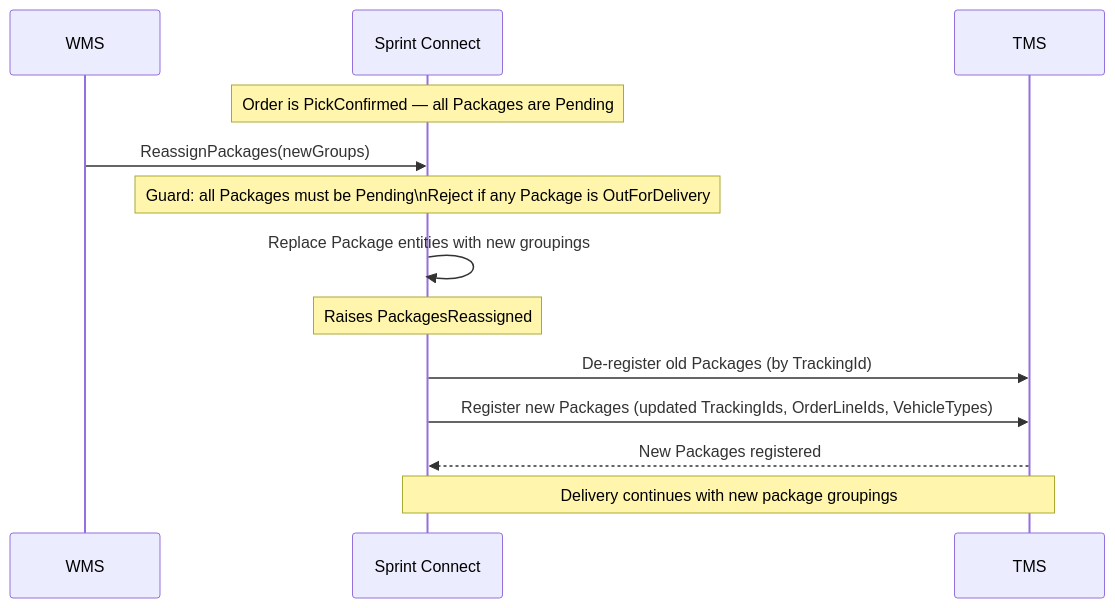
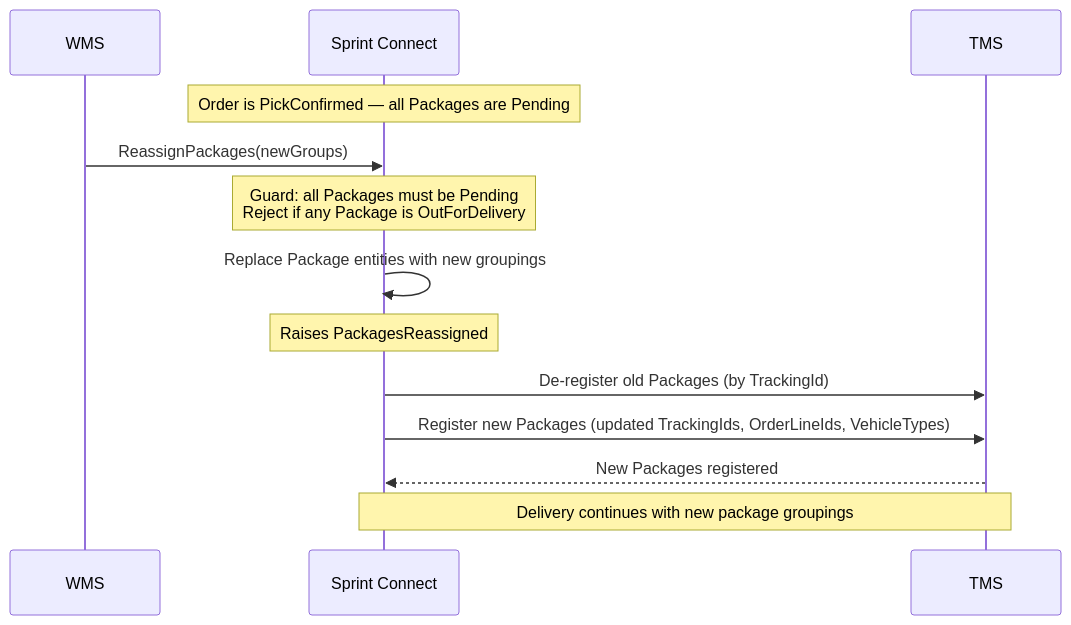
One commit to rosered11/personal-claude changed diagram 17 of 24 in result/oms-sequence-diagrams.md. Above: the diagram before and after it, drawn with Mermaid. The commit also changed other lines of this file and 7 other files, not shown here.

````diff
--- a/result/oms-sequence-diagrams.md
+++ b/result/oms-sequence-diagrams.md
@@ -591,19 +591,19 @@
 ```mermaid
 sequenceDiagram
     participant WMS as WMS
     participant SC as Sprint Connect
     participant TMS as TMS
 
     Note over SC: Order is PickConfirmed — all Packages are Pending
     WMS->>SC: ReassignPackages(newGroups)
-    Note over SC: Guard: all Packages must be Pending\nReject if any Package is OutForDelivery
+    Note over SC: Guard: all Packages must be Pending<br>Reject if any Package is OutForDelivery
 
     SC->>SC: Replace Package entities with new groupings
     Note over SC: Raises PackagesReassigned
 
     SC->>TMS: De-register old Packages (by TrackingId)
     SC->>TMS: Register new Packages (updated TrackingIds, OrderLineIds, VehicleTypes)
     TMS-->>SC: New Packages registered
 
     Note over SC,TMS: Delivery continues with new package groupings
 ```
````
